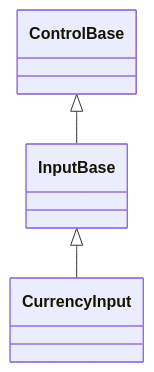
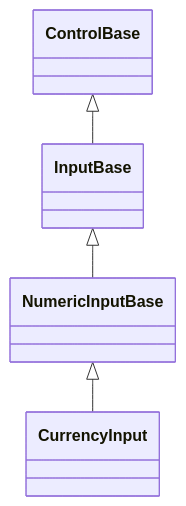
Before and after one commit to pavkam/sharp-vision: the diagram in docs/controls/input/currency-input.md, drawn with Mermaid. The commit also changed other lines of this file and 27 other files, not shown here.

````diff
--- a/docs/controls/input/currency-input.md
+++ b/docs/controls/input/currency-input.md
@@ -54,5 +58,6 @@
 ```mermaid
 classDiagram
     ControlBase <|-- InputBase
-    InputBase <|-- CurrencyInput
+    InputBase <|-- NumericInputBase
+    NumericInputBase <|-- CurrencyInput
 ```
````
